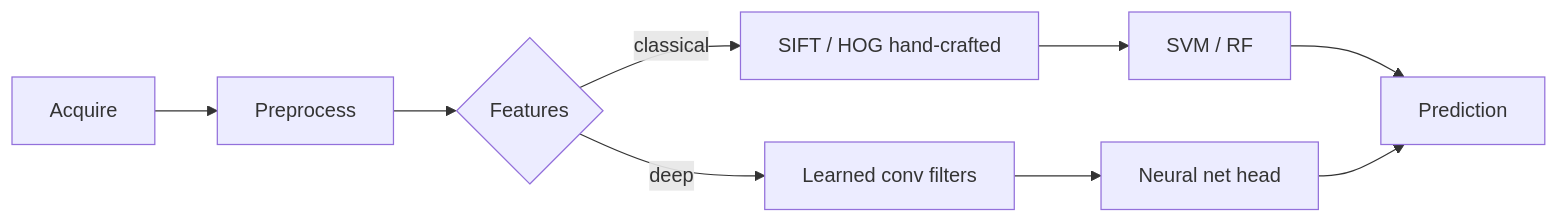
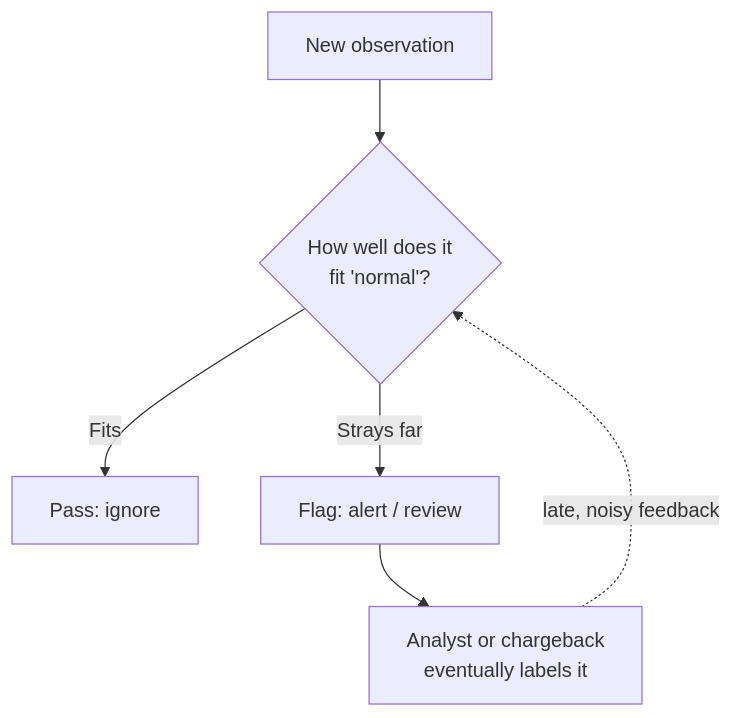
One commit to kader-xai/kader-xai.github.io changed the first of 6 diagrams in ai-ml-encyclopedia/ch27.qmd. Above: the diagram before and after it, drawn with Mermaid. The commit also changed other lines of this file and 47 other files, not shown here.

````diff
--- a/ai-ml-encyclopedia/ch27.qmd
+++ b/ai-ml-encyclopedia/ch27.qmd
@@ -107,11 +107,8 @@
 ```{mermaid}
-flowchart LR
-  A[Acquire] --> B[Preprocess]
-  B --> C{Features}
-  C -->|classical| D[SIFT / HOG hand-crafted]
-  C -->|deep| E[Learned conv filters]
-  D --> F[SVM / RF]
-  E --> G[Neural net head]
-  F --> H[Prediction]
-  G --> H
+flowchart TD
+    A[New observation] --> B{How well does it<br/>fit 'normal'?}
+    B -->|Fits| C[Pass: ignore]
+    B -->|Strays far| D[Flag: alert / review]
+    D --> E[Analyst or chargeback<br/>eventually labels it]
+    E -.late, noisy feedback.-> B
 ```
````
